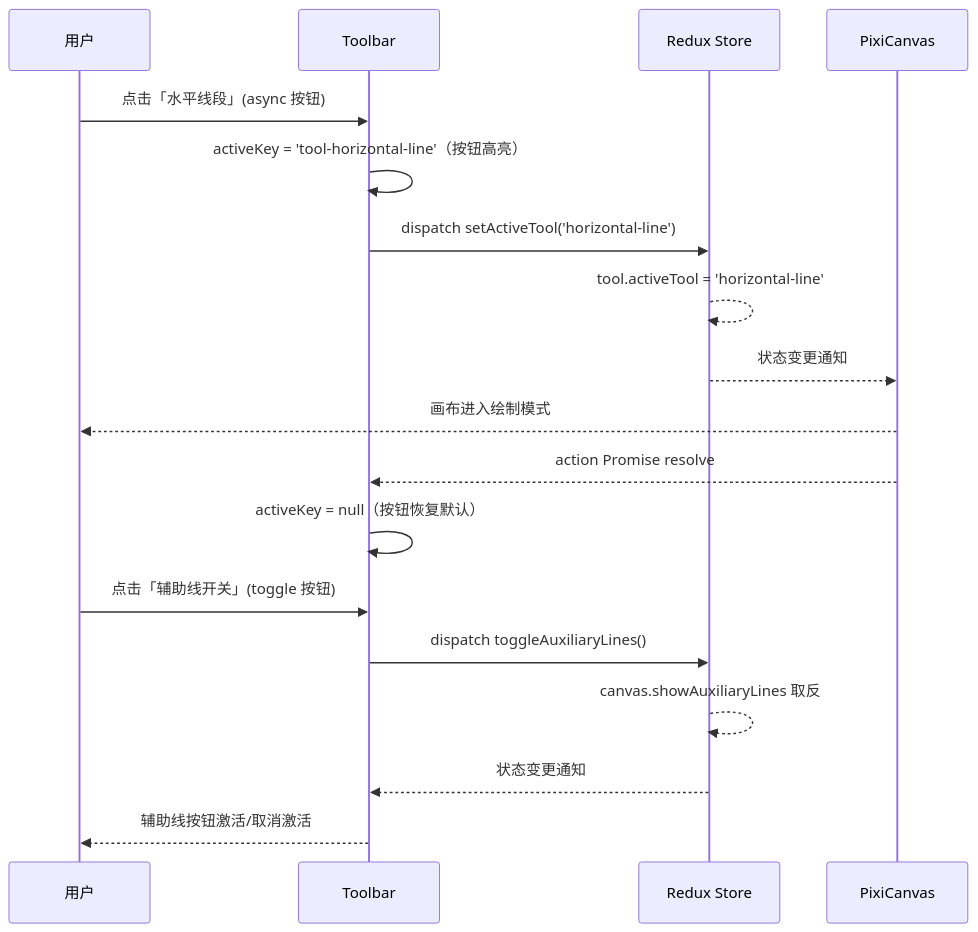
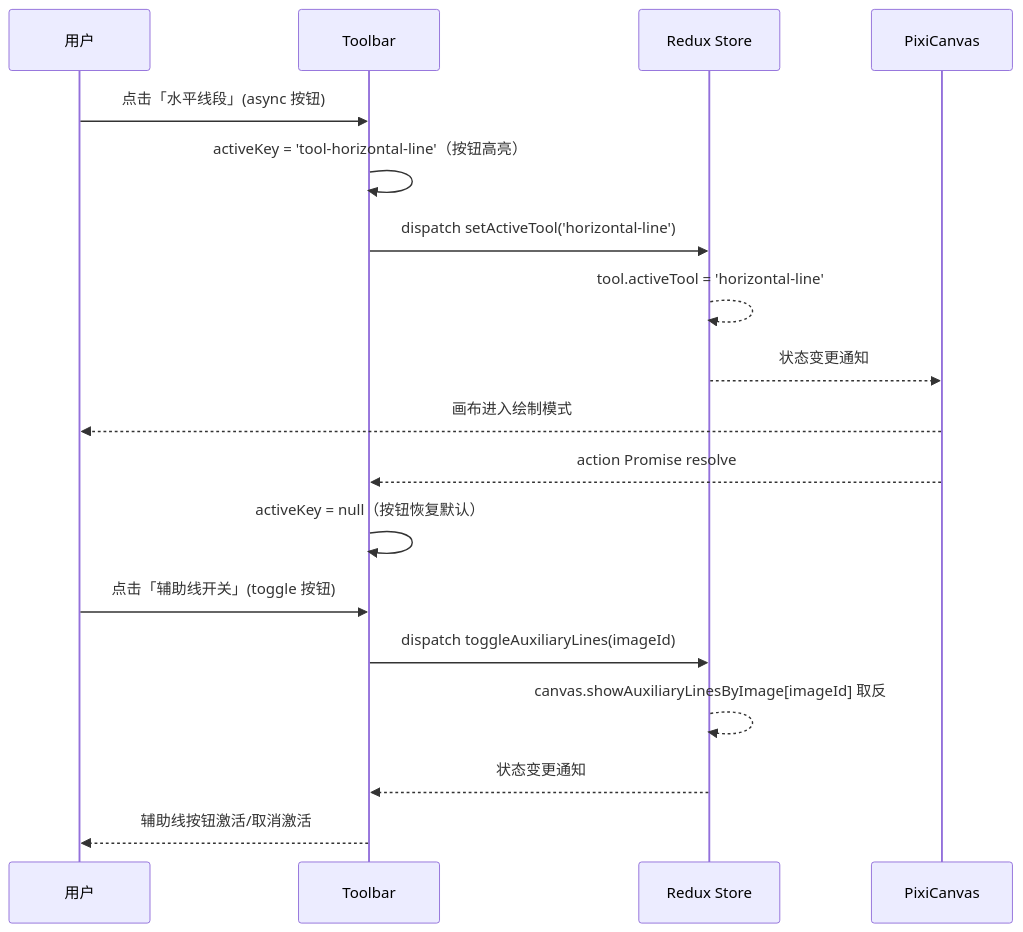
Before and after one commit to kampfer/trae-image-marker: the eighth of 9 diagrams in doc/技术设计/表现层设计.md, drawn with Mermaid. The commit also changed other lines of this file and 1 other file, not shown here.

Commit message:
docs(技术设计): 完善辅助线功能设计并优化状态管理
- 在业务逻辑层添加 `showAuxiliaryLines` 状态属性用于跟踪辅助线显示状态
- 新增 `toggleAuxiliaryLines(imageId)` action 用于切换指定图片的辅助线显示状态
- 更新表现层 Toolbar 组件 Props，将 Redux 选择器改为 `selectShowAuxiliaryLinesByImageId(imageId)` 以支持按图片 ID 查询状态
- 修正 `toggleAuxiliaryLines()` action 调用，添加 `imageId` 参数实现图片级别的状态管理
- 优化状态管理结构，将全局辅助线状态改为按图片 ID 存储的 `showAuxiliaryLinesByImage` 对象

````diff
--- a/doc/技术设计/表现层设计.md
+++ b/doc/技术设计/表现层设计.md
@@ -552,22 +552,22 @@
 ```mermaid
 sequenceDiagram
     participant User as 用户
     participant Toolbar as Toolbar
     participant Redux as Redux Store
     participant Canvas as PixiCanvas
 
     User->>Toolbar: 点击「水平线段」(async 按钮)
     Toolbar->>Toolbar: activeKey = 'tool-horizontal-line'（按钮高亮）
     Toolbar->>Redux: dispatch setActiveTool('horizontal-line')
     Redux-->>Redux: tool.activeTool = 'horizontal-line'
     Redux-->>Canvas: 状态变更通知
     Canvas-->>User: 画布进入绘制模式
     Canvas-->>Toolbar: action Promise resolve
     Toolbar->>Toolbar: activeKey = null（按钮恢复默认）
 
     User->>Toolbar: 点击「辅助线开关」(toggle 按钮)
-    Toolbar->>Redux: dispatch toggleAuxiliaryLines()
-    Redux-->>Redux: canvas.showAuxiliaryLines 取反
+    Toolbar->>Redux: dispatch toggleAuxiliaryLines(imageId)
+    Redux-->>Redux: canvas.showAuxiliaryLinesByImage[imageId] 取反
     Redux-->>Toolbar: 状态变更通知
     Toolbar-->>User: 辅助线按钮激活/取消激活
 ```
````
